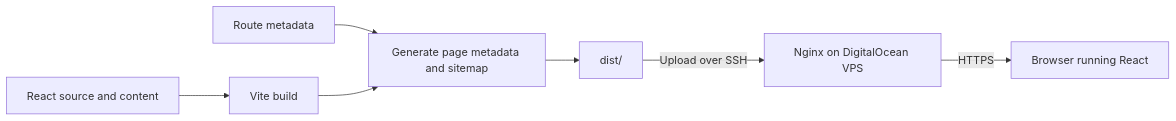
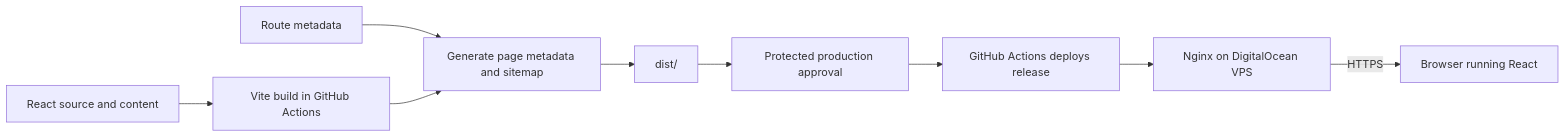
One commit to RogerBelman/Portfolio-Website changed the diagram in README.md. Above: the diagram before and after it, drawn with Mermaid. The commit also changed other lines of this file, not shown here.

Commit message:
docs: align README with protected release workflow (#8)

````diff
--- a/README.md
+++ b/README.md
@@ -43,9 +44,11 @@
 ```mermaid
 flowchart LR
-    Source[React source and content] --> Build[Vite build]
+    Source[React source and content] --> Build[Vite build in GitHub Actions]
     Metadata[Route metadata] --> Generate[Generate page metadata and sitemap]
     Build --> Generate
     Generate --> Dist[dist/]
-    Dist -->|Upload over SSH| Server[Nginx on DigitalOcean VPS]
+    Dist --> Approval[Protected production approval]
+    Approval --> Deploy[GitHub Actions deploys release]
+    Deploy --> Server[Nginx on DigitalOcean VPS]
     Server -->|HTTPS| Browser[Browser running React]
 ```
````
